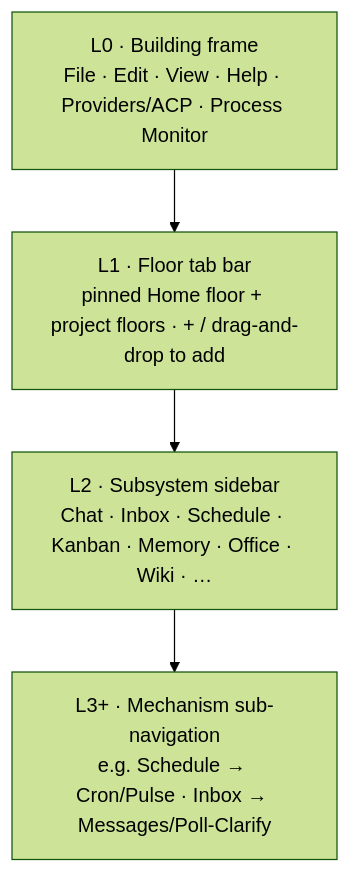
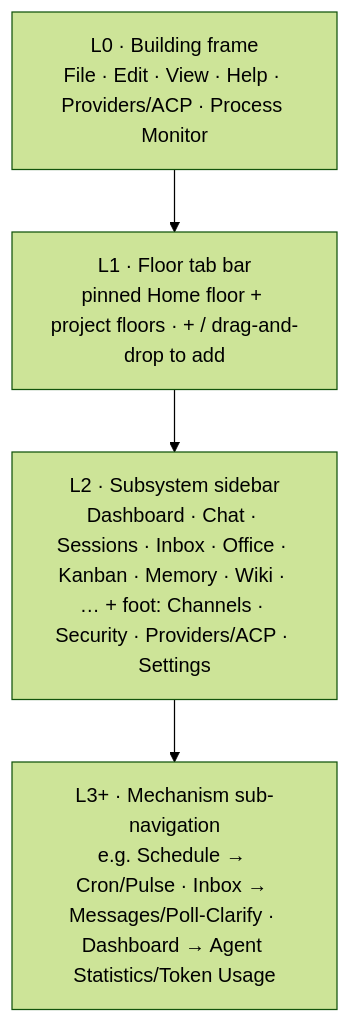
One commit to teratron/cronus changed the diagram in .design/main/specifications/l1-navigation-model.md. Above: the diagram before and after it, drawn with Mermaid (forest theme). The commit also changed other lines of this file and 7 other files, not shown here.

````diff
--- a/.design/main/specifications/l1-navigation-model.md
+++ b/.design/main/specifications/l1-navigation-model.md
@@ -66,7 +66,7 @@
 ```mermaid
 graph TD
     B["L0 · Building frame<br/>File · Edit · View · Help · Providers/ACP · Process Monitor"]
     B --> F["L1 · Floor tab bar<br/>pinned Home floor + project floors · + / drag-and-drop to add"]
-    F --> S["L2 · Subsystem sidebar<br/>Chat · Inbox · Schedule · Kanban · Memory · Office · Wiki · …"]
-    S --> M["L3+ · Mechanism sub-navigation<br/>e.g. Schedule → Cron/Pulse · Inbox → Messages/Poll-Clarify"]
+    F --> S["L2 · Subsystem sidebar<br/>Dashboard · Chat · Sessions · Inbox · Office · Kanban · Memory · Wiki · … + foot: Channels · Security · Providers/ACP · Settings"]
+    S --> M["L3+ · Mechanism sub-navigation<br/>e.g. Schedule → Cron/Pulse · Inbox → Messages/Poll-Clarify · Dashboard → Agent Statistics/Token Usage"]
 ```
````
